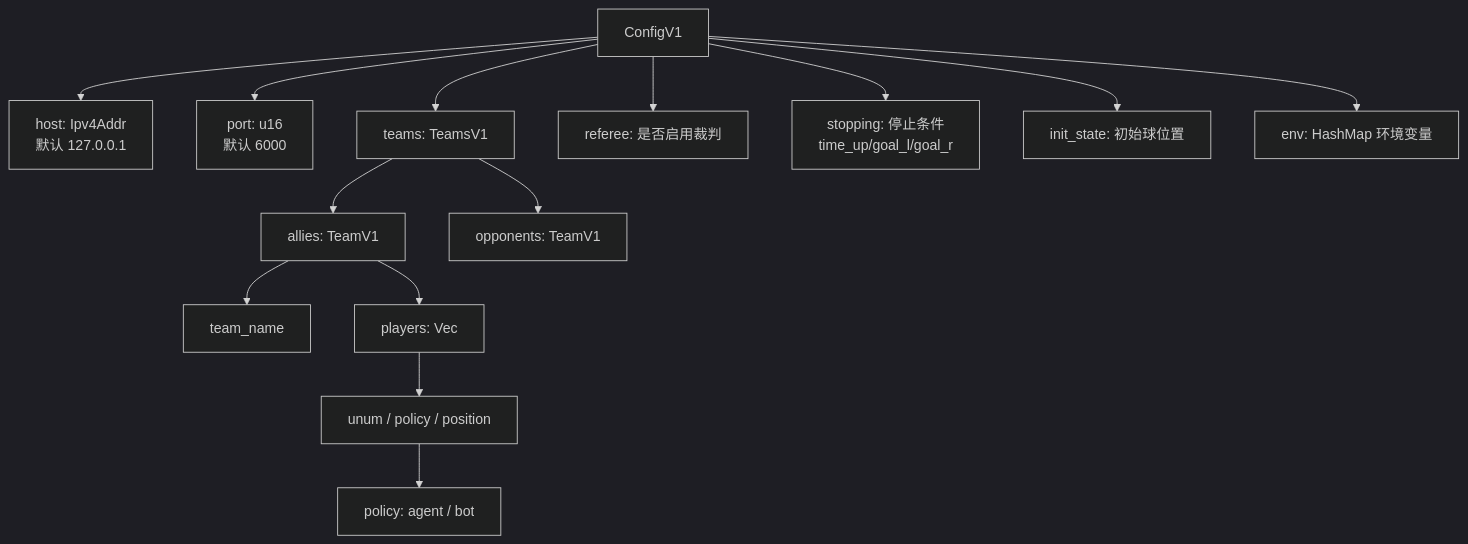
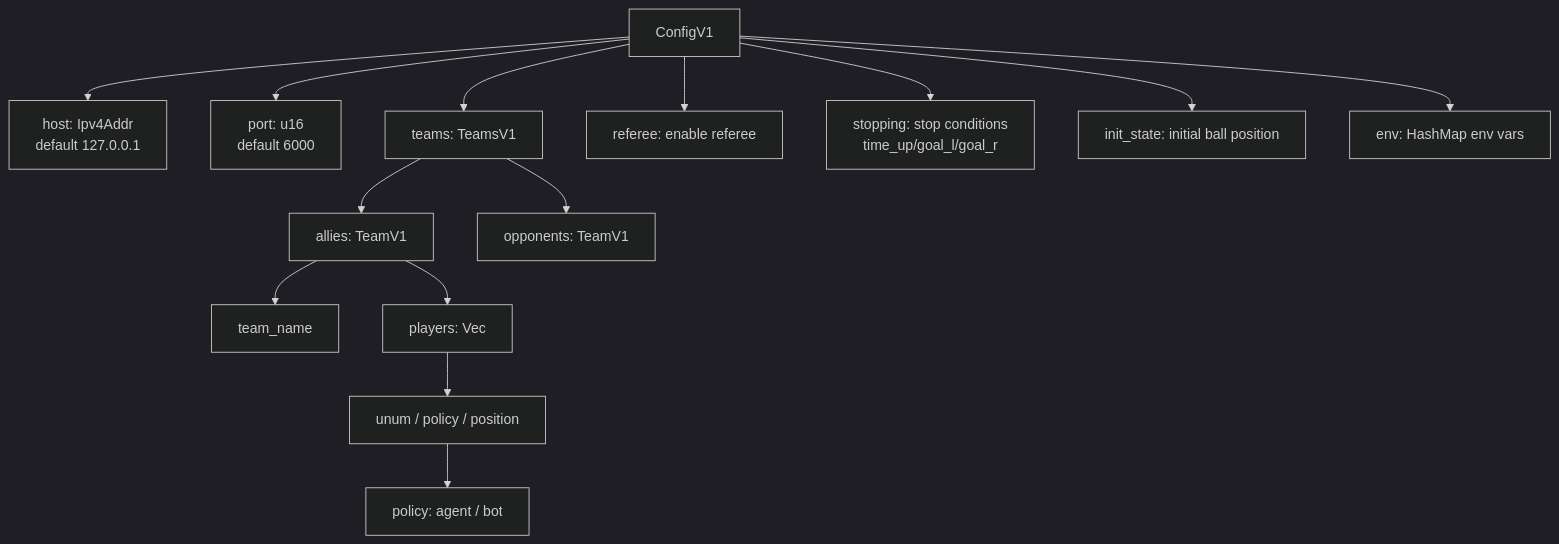
Diagram 17 of 20 in docs/REPORT.md (NN-4H0U/cluster), drawn with Mermaid (dark theme) before and after one commit. The commit also changed other lines of this file, not shown here.

Commit message:
fix: fix AppState lifecycle mermaid parse error and translate all diagrams to English

````diff
--- a/docs/REPORT.md
+++ b/docs/REPORT.md
@@ -424,18 +424,18 @@
 ```mermaid
 graph TD
-    CFG[ConfigV1] --> HOST[host: Ipv4Addr\n默认 127.0.0.1]
-    CFG --> PORT[port: u16\n默认 6000]
+    CFG[ConfigV1] --> HOST[host: Ipv4Addr\ndefault 127.0.0.1]
+    CFG --> PORT[port: u16\ndefault 6000]
     CFG --> TEAMS[teams: TeamsV1]
-    CFG --> REF[referee: 是否启用裁判]
-    CFG --> STOP[stopping: 停止条件\ntime_up/goal_l/goal_r]
-    CFG --> INIT[init_state: 初始球位置]
-    CFG --> ENV[env: HashMap 环境变量]
+    CFG --> REF[referee: enable referee]
+    CFG --> STOP[stopping: stop conditions\ntime_up/goal_l/goal_r]
+    CFG --> INIT[init_state: initial ball position]
+    CFG --> ENV[env: HashMap env vars]
 
     TEAMS --> ALLY[allies: TeamV1]
     TEAMS --> OPP[opponents: TeamV1]
 
     ALLY --> TN[team_name]
     ALLY --> PLS[players: Vec<PlayerV1>]
     PLS --> PL[unum / policy / position]
     PL --> POL[policy: agent / bot]
 ```
````
